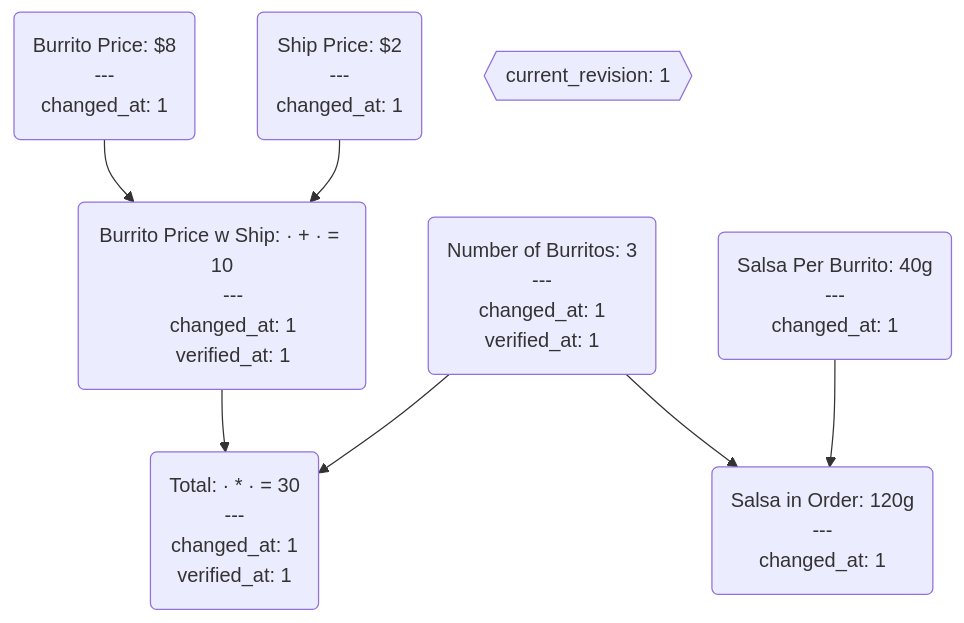
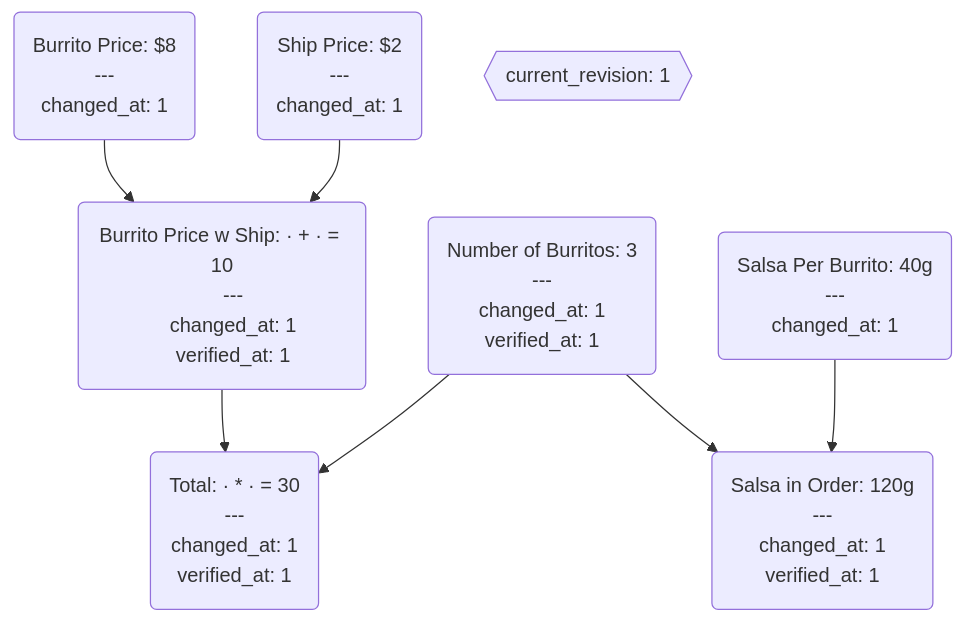
Before and after one commit to xffxff/xffxff.github.io: the fourth of 6 diagrams in drafts/salsa.md, drawn with Mermaid. The commit also changed other lines of this file, not shown here.

````diff
--- a/drafts/salsa.md
+++ b/drafts/salsa.md
@@ -78,47 +78,49 @@
 ```mermaid
 graph TD;
 
     bp("Burrito Price: $8 
     ---
     changed_at: 1")
 
     bpws("Burrito Price w Ship: · + · = 10
     ---
     changed_at: 1
     verified_at: 1
     ");
 
     bp-->bpws
 
     sp("Ship Price: $2
     ---
     changed_at: 1");
 
     sp-->bpws;
 
     nb("Number of Burritos: 3
     ---
     changed_at: 1
     verified_at: 1
     ")-->total;
 
     bpws-->total;
 
     total("Total: · * · = 30
     ---
     changed_at: 1
     verified_at: 1
     ");
 
     spb("Salsa Per Burrito: 40g
     ---
     changed_at: 1") --> salsa;
 
     nb-->salsa;
 
     salsa("Salsa in Order: 120g
     ---
-    changed_at: 1");
+    changed_at: 1
+    verified_at: 1
+    ");
 
     current_revision{{current_revision: 1}};
 ```
````
